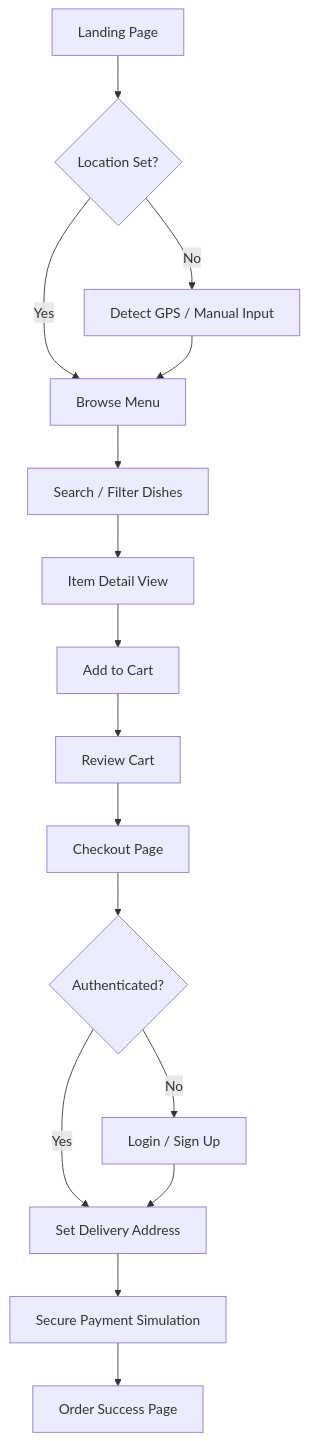
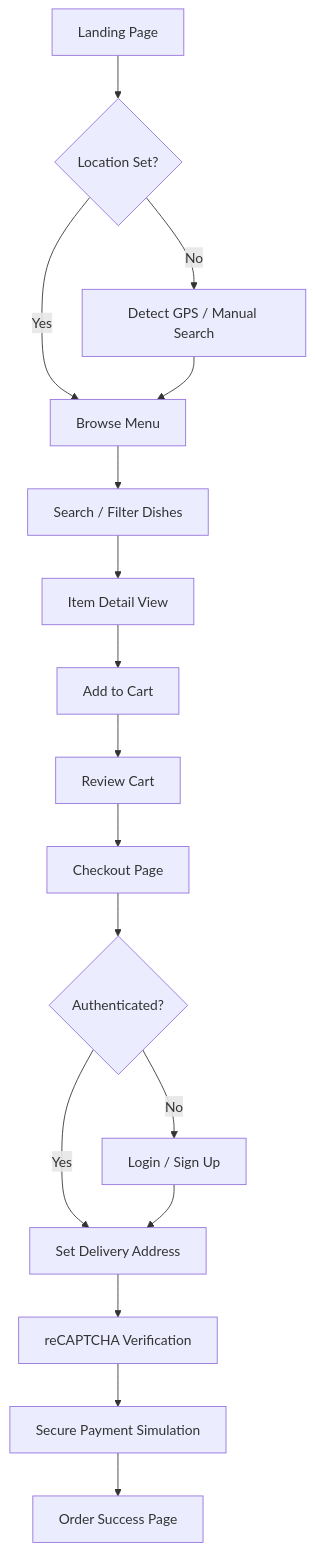
One commit to Anupam2005-tech/lazeez changed the first of 4 diagrams in README.md. Above: the diagram before and after it, drawn with Mermaid. The commit also changed other lines of this file, not shown here.

````diff
--- a/README.md
+++ b/README.md
@@ -42,18 +42,19 @@
 ```mermaid
 graph TD
     A[Landing Page] --> B{Location Set?}
-    B -- No --> C[Detect GPS / Manual Input]
+    B -- No --> C[Detect GPS / Manual Search]
     B -- Yes --> D[Browse Menu]
     C --> D
     D --> E[Search / Filter Dishes]
     E --> F[Item Detail View]
     F --> G[Add to Cart]
     G --> H[Review Cart]
     H --> I[Checkout Page]
     I --> J{Authenticated?}
     J -- No --> K[Login / Sign Up]
     J -- Yes --> L[Set Delivery Address]
     K --> L
-    L --> M[Secure Payment Simulation]
-    M --> N[Order Success Page]
+    L --> M[reCAPTCHA Verification]
+    M --> N[Secure Payment Simulation]
+    N --> O[Order Success Page]
 ```
````
